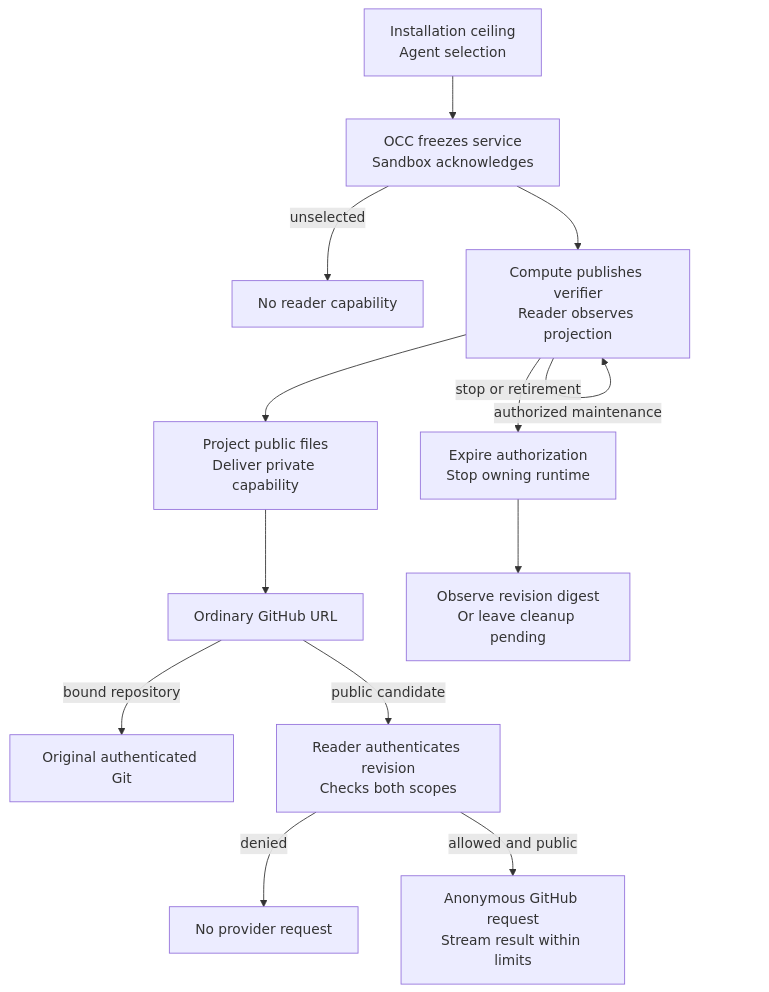
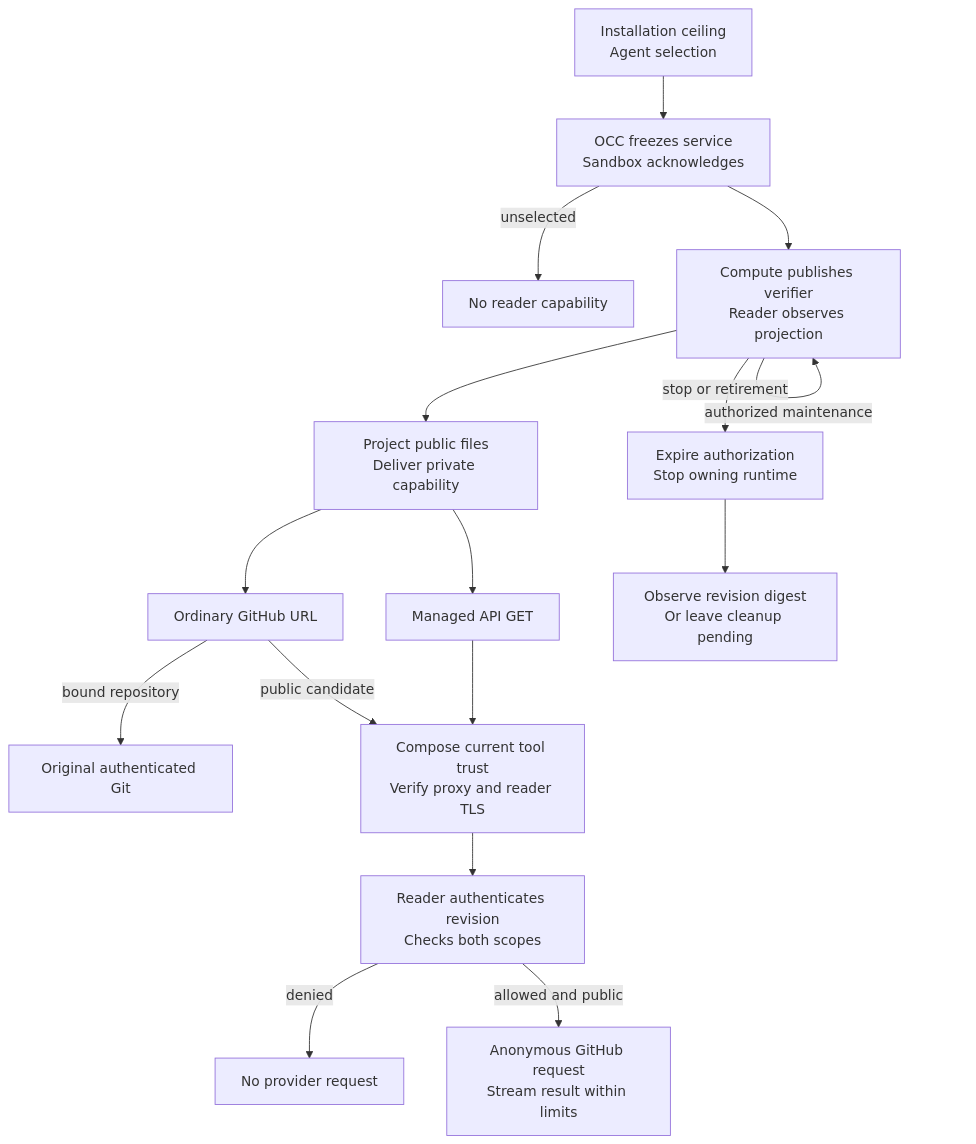
The diagram in docs/flows/public-github-reads.md (openclaw/openclaw-enterprise), drawn with Mermaid before and after one commit. The commit also changed other lines of this file and 13 other files, not shown here.

Commit message:
fix(repo): preserve native proxy trust for public Git reads

````diff
--- a/docs/flows/public-github-reads.md
+++ b/docs/flows/public-github-reads.md
@@ -26,15 +26,18 @@
 ```mermaid
 graph TD
   Selection["Installation ceiling<br/>Agent selection"] --> Admission["OCC freezes service<br/>Sandbox acknowledges"]
   Admission -->|unselected| Deny["No reader capability"]
   Admission --> Lease["Compute publishes verifier<br/>Reader observes projection"]
   Lease --> Runtime["Project public files<br/>Deliver private capability"]
   Runtime --> Git["Ordinary GitHub URL"]
   Git -->|bound repository| Protected["Original authenticated Git"]
-  Git -->|public candidate| Reader["Reader authenticates revision<br/>Checks both scopes"]
+  Git -->|public candidate| Trust["Compose current tool trust<br/>Verify proxy and reader TLS"]
+  Runtime --> API["Managed API GET"]
+  API --> Trust
+  Trust --> Reader["Reader authenticates revision<br/>Checks both scopes"]
   Reader -->|denied| Failure["No provider request"]
   Reader -->|allowed and public| Github["Anonymous GitHub request<br/>Stream result within limits"]
   Lease -->|authorized maintenance| Lease
   Lease -->|stop or retirement| Withdraw["Expire authorization<br/>Stop owning runtime"]
   Withdraw --> Ack["Observe revision digest<br/>Or leave cleanup pending"]
 ```
````
